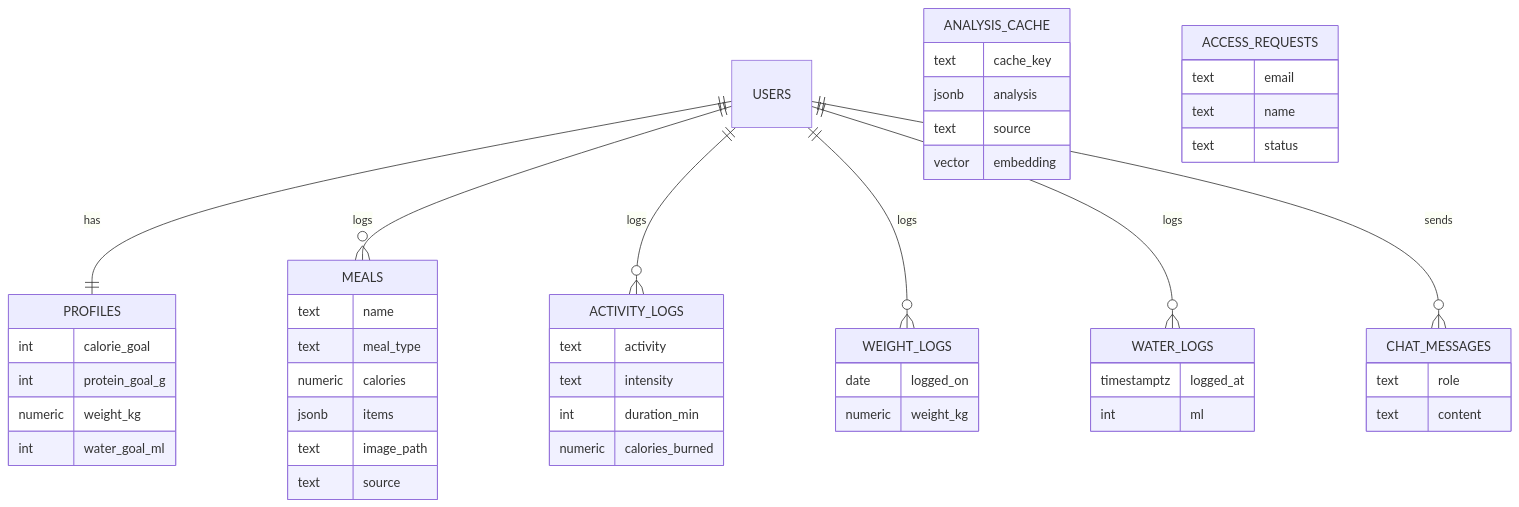
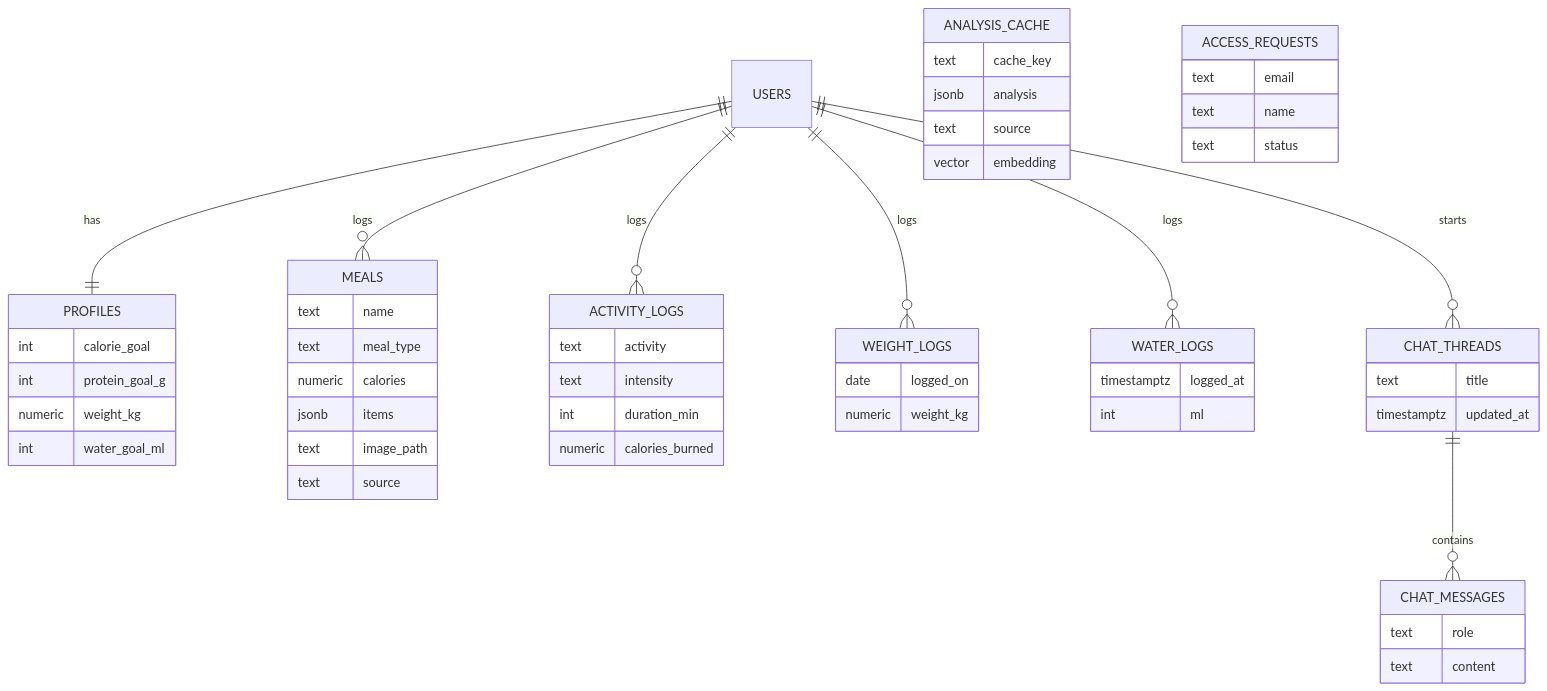
The fifth of 5 diagrams in docs/ARCHITECTURE.md (chinmai-c-r/crazy-rep), drawn with Mermaid before and after one commit. The commit also changed other lines of this file and 12 other files, not shown here.

````diff
--- a/docs/ARCHITECTURE.md
+++ b/docs/ARCHITECTURE.md
@@ -107,53 +109,58 @@
 ```mermaid
 erDiagram
     USERS ||--|| PROFILES : has
     USERS ||--o{ MEALS : logs
     USERS ||--o{ ACTIVITY_LOGS : logs
     USERS ||--o{ WEIGHT_LOGS : logs
     USERS ||--o{ WATER_LOGS : logs
-    USERS ||--o{ CHAT_MESSAGES : sends
+    USERS ||--o{ CHAT_THREADS : starts
+    CHAT_THREADS ||--o{ CHAT_MESSAGES : contains
 
     PROFILES {
         int calorie_goal
         int protein_goal_g
         numeric weight_kg
         int water_goal_ml
     }
     MEALS {
         text name
         text meal_type
         numeric calories
         jsonb items
         text image_path
         text source
     }
     ACTIVITY_LOGS {
         text activity
         text intensity
         int duration_min
         numeric calories_burned
     }
     WEIGHT_LOGS {
         date logged_on
         numeric weight_kg
     }
     WATER_LOGS {
         timestamptz logged_at
         int ml
     }
+    CHAT_THREADS {
+        text title
+        timestamptz updated_at
+    }
     CHAT_MESSAGES {
         text role
         text content
     }
     ANALYSIS_CACHE {
         text cache_key
         jsonb analysis
         text source
         vector embedding
     }
     ACCESS_REQUESTS {
         text email
         text name
         text status
     }
 ```
````
